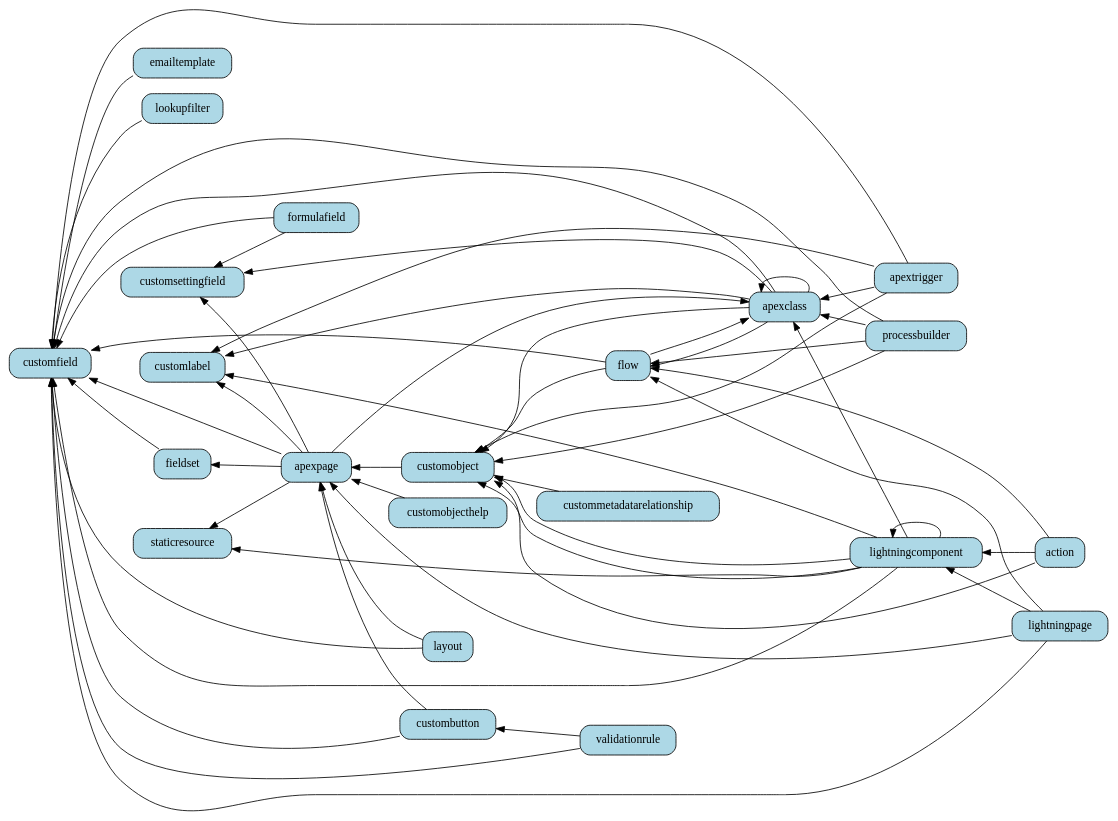
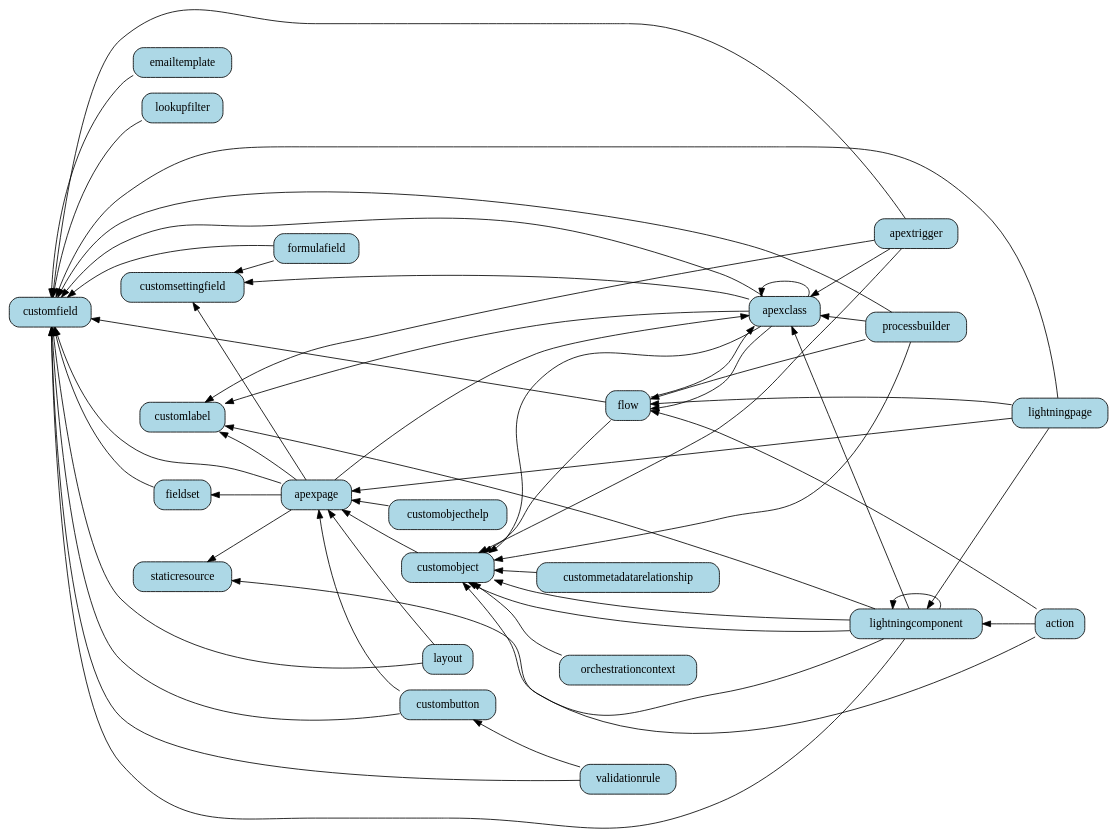
The diagram in coverage.dot (afawcett/dependencies-sample), drawn with Graphviz before and after one commit. The commit also changed 1 other file, not shown here.

```diff
--- a/coverage.dot
+++ b/coverage.dot
@@ -1,55 +1,56 @@
 digraph graphname {
   rankdir=RL;
   node[shape=Mrecord, bgcolor=black, fillcolor=lightblue, style=filled];
   apexclass->customlabel
   apextrigger->customlabel
   apexpage->customlabel
   lightningcomponent->customlabel
   apexclass->apexclass
   apextrigger->apexclass
   apexpage->apexclass
   lightningcomponent->apexclass
   flow->apexclass
   processbuilder->apexclass
   lightningcomponent->lightningcomponent
   lightningpage->lightningcomponent
   action->lightningcomponent
   lightningcomponent->staticresource
   apexpage->staticresource
   customobject->apexpage
   layout->apexpage
   custombutton->apexpage
   lightningpage->apexpage
   customobjecthelp->apexpage
   apexclass->customsettingfield
   apexpage->customsettingfield
   formulafield->customsettingfield
   validationrule->custombutton
   processbuilder->flow
   apexclass->flow
   action->flow
   lightningpage->flow
   validationrule->customfield
   layout->customfield
   formulafield->customfield
   apexpage->customfield
   apexclass->customfield
   apextrigger->customfield
   emailtemplate->customfield
   fieldset->customfield
   flow->customfield
   lightningcomponent->customfield
   processbuilder->customfield
   custombutton->customfield
   lightningpage->customfield
   lookupfilter->customfield
   apexclass->customobject
   apextrigger->customobject
   flow->customobject
   lightningcomponent->customobject
   processbuilder->customobject
   custommetadatarelationship->customobject
   action->customobject
   lightningcomponent->customobject
   apexpage->fieldset
+  orchestrationcontext->customobject
 }
```
